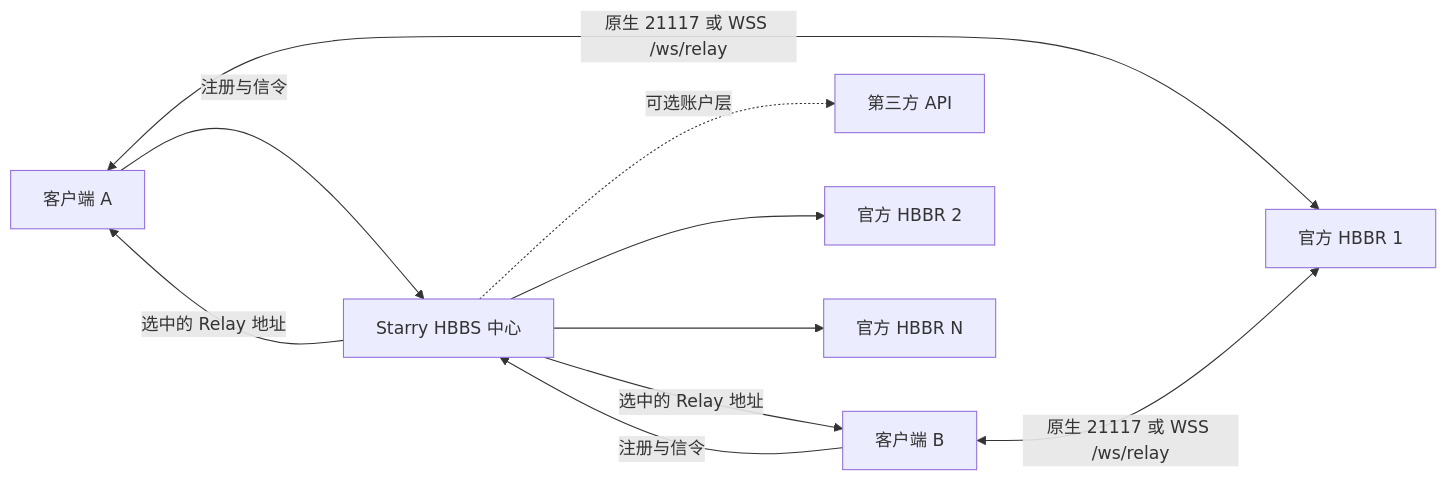
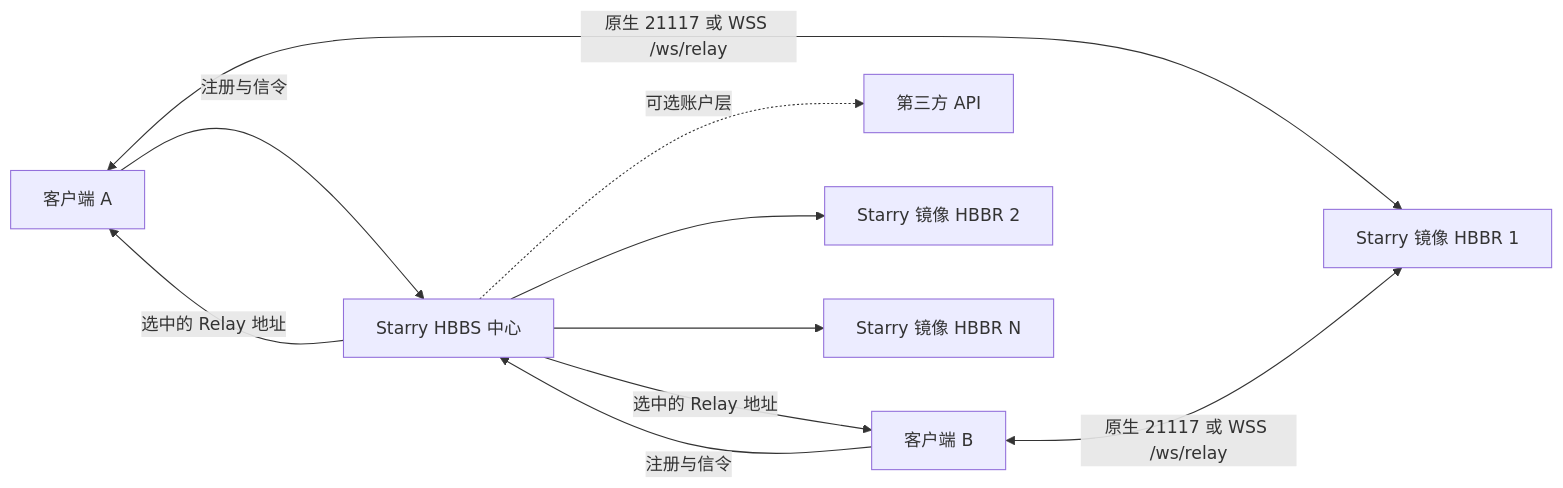
One commit to q1ngyang/rustdesk-server-starry changed the diagram in docs/wiki/ZH-CN-Multi-Node-Deployment.md. Above: the diagram before and after it, drawn with Mermaid. The commit also changed other lines of this file and 47 other files, not shown here.

````diff
--- a/docs/wiki/ZH-CN-Multi-Node-Deployment.md
+++ b/docs/wiki/ZH-CN-Multi-Node-Deployment.md
@@ -9,12 +11,12 @@
 ```mermaid
 flowchart LR
     A[客户端 A] -->|注册与信令| S[Starry HBBS 中心]
     B[客户端 B] -->|注册与信令| S
     S -->|选中的 Relay 地址| A
     S -->|选中的 Relay 地址| B
-    A <-->|原生 21117 或 WSS /ws/relay| R1[官方 HBBR 1]
+    A <-->|原生 21117 或 WSS /ws/relay| R1[Starry 镜像 HBBR 1]
     B <-->|原生 21117 或 WSS /ws/relay| R1
     S -. 可选账户层 .-> API[第三方 API]
-    S --> R2[官方 HBBR 2]
-    S --> R3[官方 HBBR N]
+    S --> R2[Starry 镜像 HBBR 2]
+    S --> R3[Starry 镜像 HBBR N]
 ```
````
